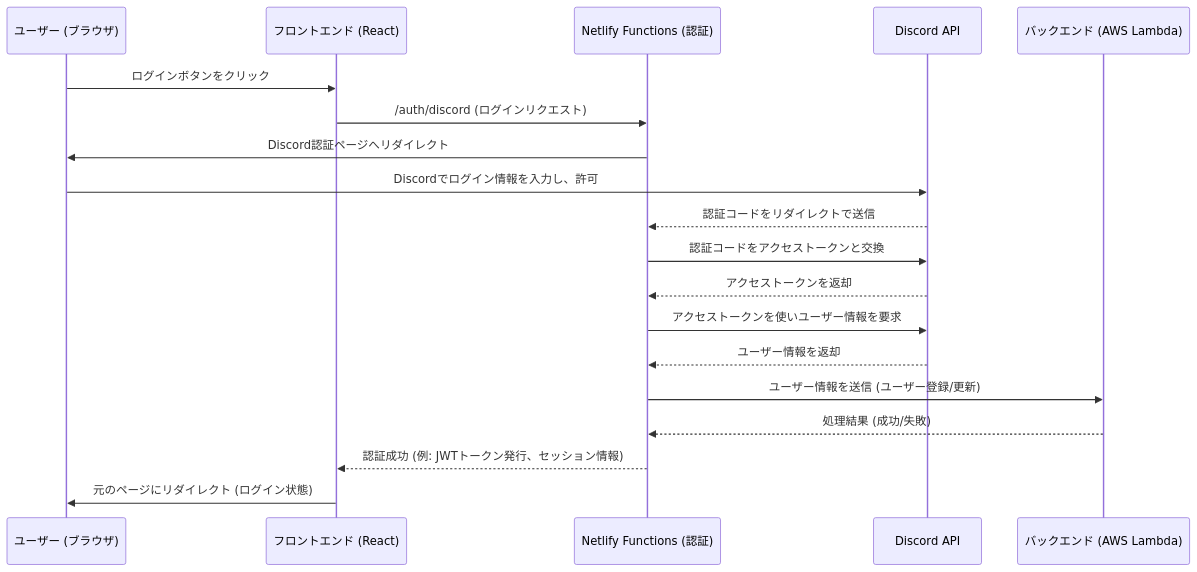
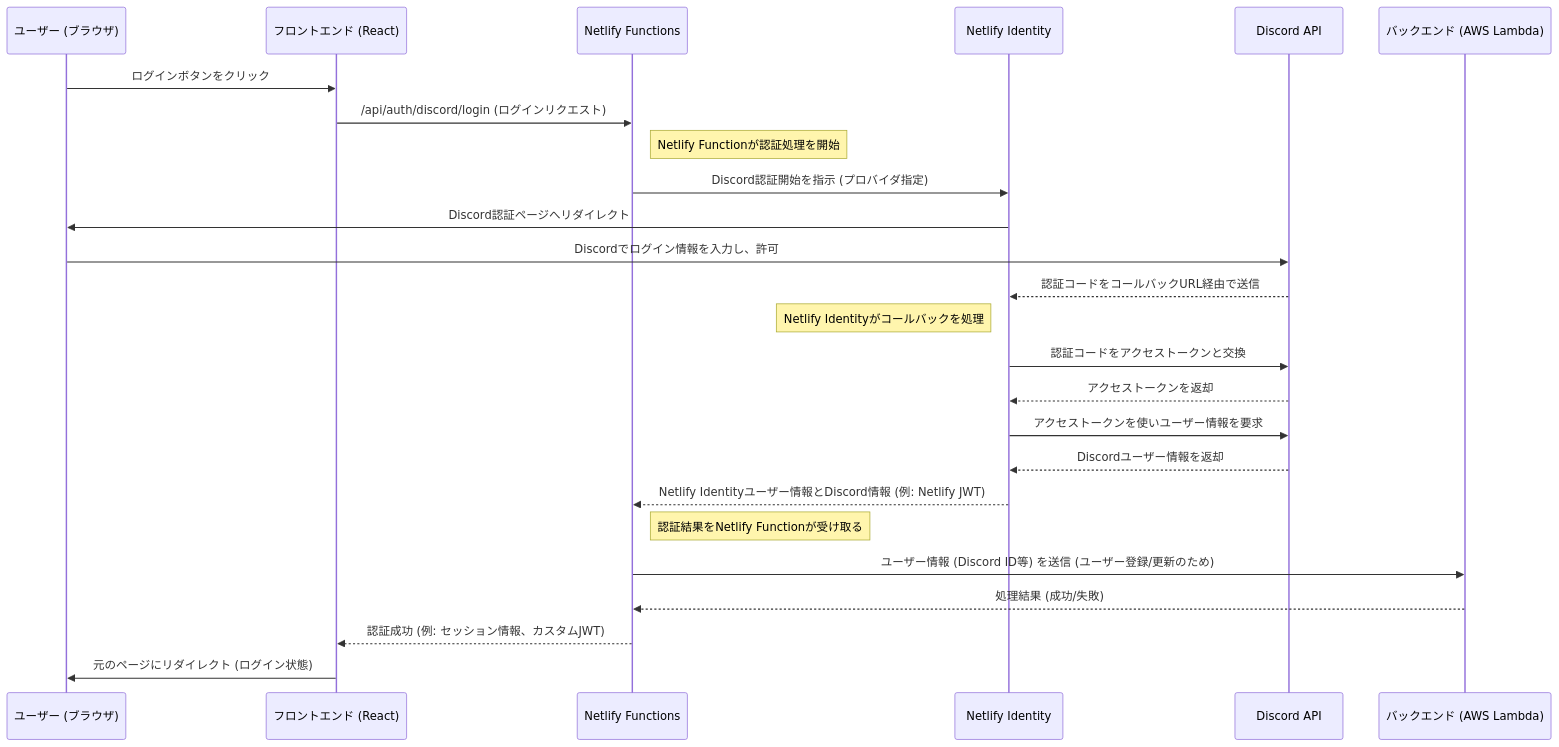
The diagram in docs/mvp/シーケンス図/ログイン処理.md (rikarazome/unitemate-v2), drawn with Mermaid before and after one commit.

Commit message:
docs: ログイン処理のシーケンス図を修正

````diff
--- a/docs/mvp/シーケンス図/ログイン処理.md
+++ b/docs/mvp/シーケンス図/ログイン処理.md
@@ -1,22 +1,28 @@
 ```mermaid
 sequenceDiagram
     participant User as ユーザー (ブラウザ)
     participant Frontend as フロントエンド (React)
-    participant NetlifyFunc as Netlify Functions (認証)
+    participant NetlifyFunc as Netlify Functions
+    participant NetlifyIdentity as Netlify Identity
     participant Discord as Discord API
     participant Backend as バックエンド (AWS Lambda)
 
     User->>Frontend: ログインボタンをクリック
-    Frontend->>NetlifyFunc: /auth/discord (ログインリクエスト)
-    NetlifyFunc->>User: Discord認証ページへリダイレクト
+    Frontend->>NetlifyFunc: /api/auth/discord/login (ログインリクエスト)
+    note right of NetlifyFunc: Netlify Functionが認証処理を開始
+    NetlifyFunc->>NetlifyIdentity: Discord認証開始を指示 (プロバイダ指定)
+    NetlifyIdentity->>User: Discord認証ページへリダイレクト
     User->>Discord: Discordでログイン情報を入力し、許可
-    Discord-->>NetlifyFunc: 認証コードをリダイレクトで送信
-    NetlifyFunc->>Discord: 認証コードをアクセストークンと交換
-    Discord-->>NetlifyFunc: アクセストークンを返却
-    NetlifyFunc->>Discord: アクセストークンを使いユーザー情報を要求
-    Discord-->>NetlifyFunc: ユーザー情報を返却
-    NetlifyFunc->>Backend: ユーザー情報を送信 (ユーザー登録/更新)
+    Discord-->>NetlifyIdentity: 認証コードをコールバックURL経由で送信
+    note left of NetlifyIdentity: Netlify Identityがコールバックを処理
+    NetlifyIdentity->>Discord: 認証コードをアクセストークンと交換
+    Discord-->>NetlifyIdentity: アクセストークンを返却
+    NetlifyIdentity->>Discord: アクセストークンを使いユーザー情報を要求
+    Discord-->>NetlifyIdentity: Discordユーザー情報を返却
+    NetlifyIdentity-->>NetlifyFunc: Netlify Identityユーザー情報とDiscord情報 (例: Netlify JWT)
+    note right of NetlifyFunc: 認証結果をNetlify Functionが受け取る
+    NetlifyFunc->>Backend: ユーザー情報 (Discord ID等) を送信 (ユーザー登録/更新のため)
     Backend-->>NetlifyFunc: 処理結果 (成功/失敗)
-    NetlifyFunc-->>Frontend: 認証成功 (例: JWTトークン発行、セッション情報)
+    NetlifyFunc-->>Frontend: 認証成功 (例: セッション情報、カスタムJWT)
     Frontend->>User: 元のページにリダイレクト (ログイン状態)
 ```
````
